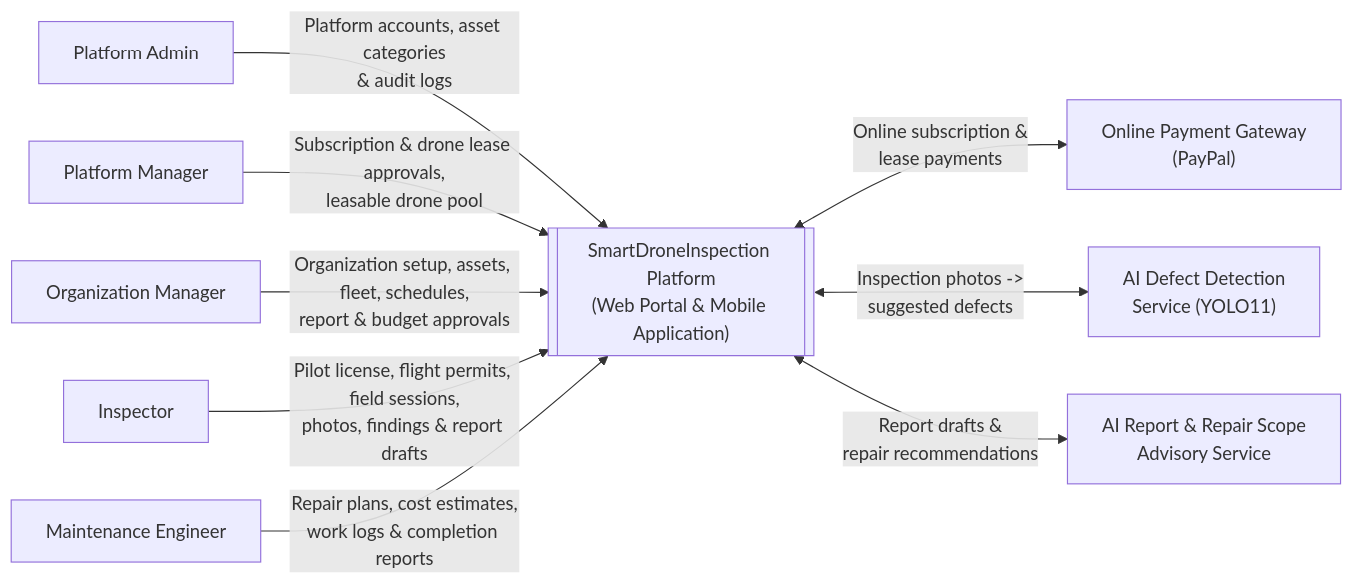
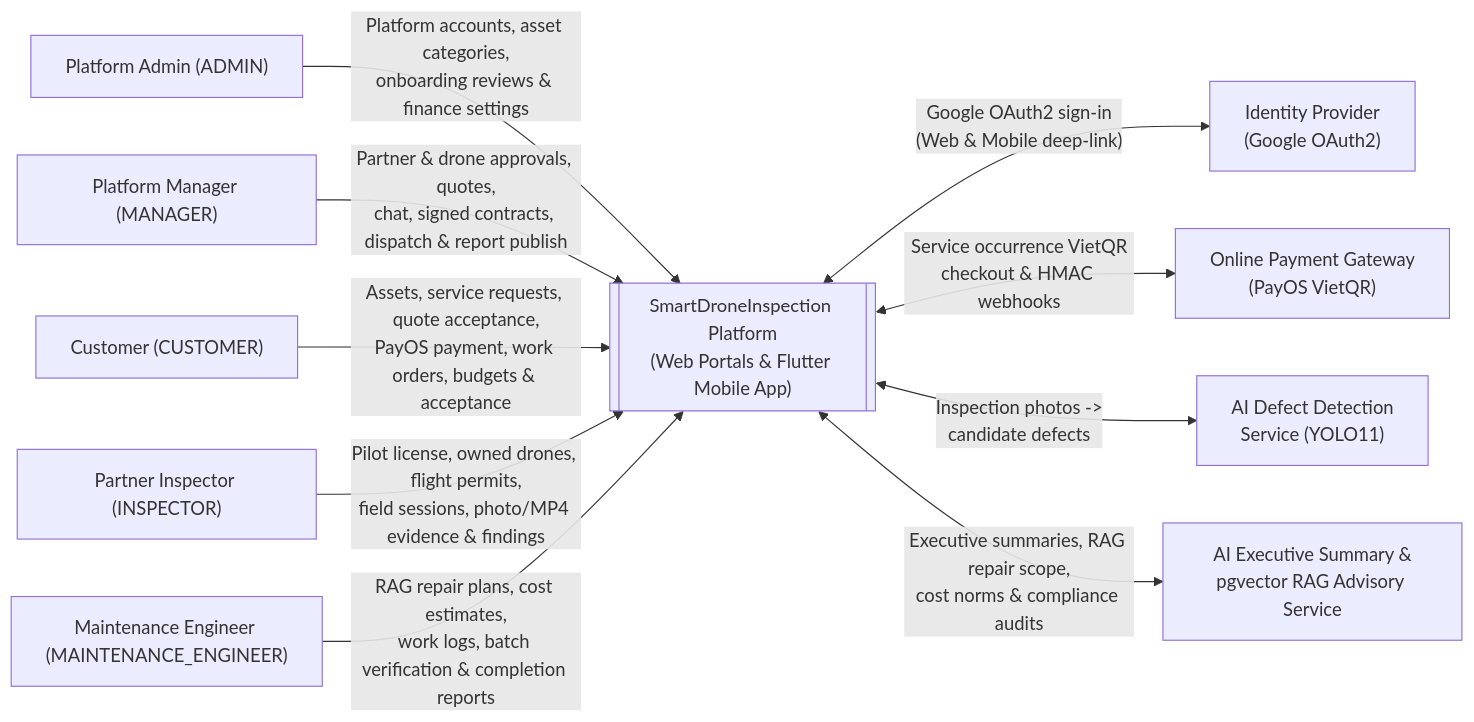
The diagram in reports/report-3-software-requirement-specification/01-overall-description.md (tungbach12/SmartDroneInspection-Docs), drawn with Mermaid before and after one commit. The commit also changed other lines of this file and 245 other files, not shown here.

First line of the commit message:
docs(reports): synchronize all reports, diagrams, and test sheets to 5-role 8-feature baseline

````diff
--- a/reports/report-3-software-requirement-specification/01-overall-description.md
+++ b/reports/report-3-software-requirement-specification/01-overall-description.md
@@ -14,37 +14,41 @@
 ```mermaid
 %% title: System Context Diagram
 flowchart LR
-  PA["Platform Admin"]
-  PM["Platform Manager"]
-  OM["Organization Manager"]
-  IN["Inspector"]
-  ME["Maintenance Engineer"]
+  PA["Platform Admin (ADMIN)"]
+  PM["Platform Manager (MANAGER)"]
+  CU["Customer (CUSTOMER)"]
+  IN["Partner Inspector (INSPECTOR)"]
+  ME["Maintenance Engineer (MAINTENANCE_ENGINEER)"]
 
   SDI[["SmartDroneInspection Platform
-(Web Portal & Mobile Application)"]]
+(Web Portals & Flutter Mobile App)"]]
 
-  PAYPAL["Online Payment Gateway
-(PayPal)"]
+  PAYOS["Online Payment Gateway
+(PayOS VietQR)"]
+  OAUTH["Identity Provider
+(Google OAuth2)"]
   YOLO["AI Defect Detection
 Service (YOLO11)"]
-  LLM["AI Report & Repair Scope
-Advisory Service"]
+  LLM["AI Executive Summary &
+pgvector RAG Advisory Service"]
 
-  PA -->|"Platform accounts, asset categories
-& audit logs"| SDI
-  PM -->|"Subscription & drone lease approvals,
-leasable drone pool"| SDI
-  OM -->|"Organization setup, assets, fleet, schedules,
-report & budget approvals"| SDI
-  IN -->|"Pilot license, flight permits, field sessions,
-photos, findings & report drafts"| SDI
-  ME -->|"Repair plans, cost estimates,
-work logs & completion reports"| SDI
+  PA -->|"Platform accounts, asset categories,
+onboarding reviews & finance settings"| SDI
+  PM -->|"Partner & drone approvals, quotes,
+chat, signed contracts, dispatch & report publish"| SDI
+  CU -->|"Assets, service requests, quote acceptance,
+PayOS payment, work orders, budgets & acceptance"| SDI
+  IN -->|"Pilot license, owned drones, flight permits,
+field sessions, photo/MP4 evidence & findings"| SDI
+  ME -->|"RAG repair plans, cost estimates,
+work logs, batch verification & completion reports"| SDI
 
-  SDI <-->|"Online subscription &
-lease payments"| PAYPAL
+  SDI <-->|"Google OAuth2 sign-in
+(Web & Mobile deep-link)"| OAUTH
+  SDI <-->|"Service occurrence VietQR
+checkout & HMAC webhooks"| PAYOS
   SDI <-->|"Inspection photos ->
-suggested defects"| YOLO
-  SDI <-->|"Report drafts &
-repair recommendations"| LLM
+candidate defects"| YOLO
+  SDI <-->|"Executive summaries, RAG repair scope,
+cost norms & compliance audits"| LLM
 ```
````
